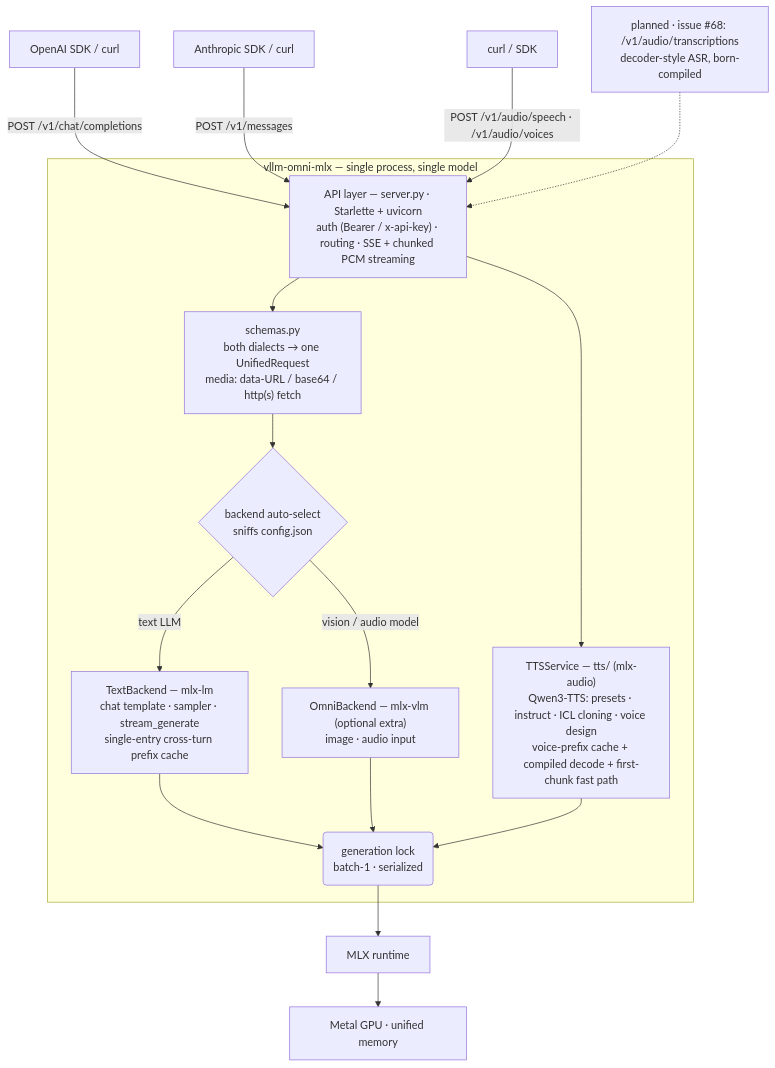
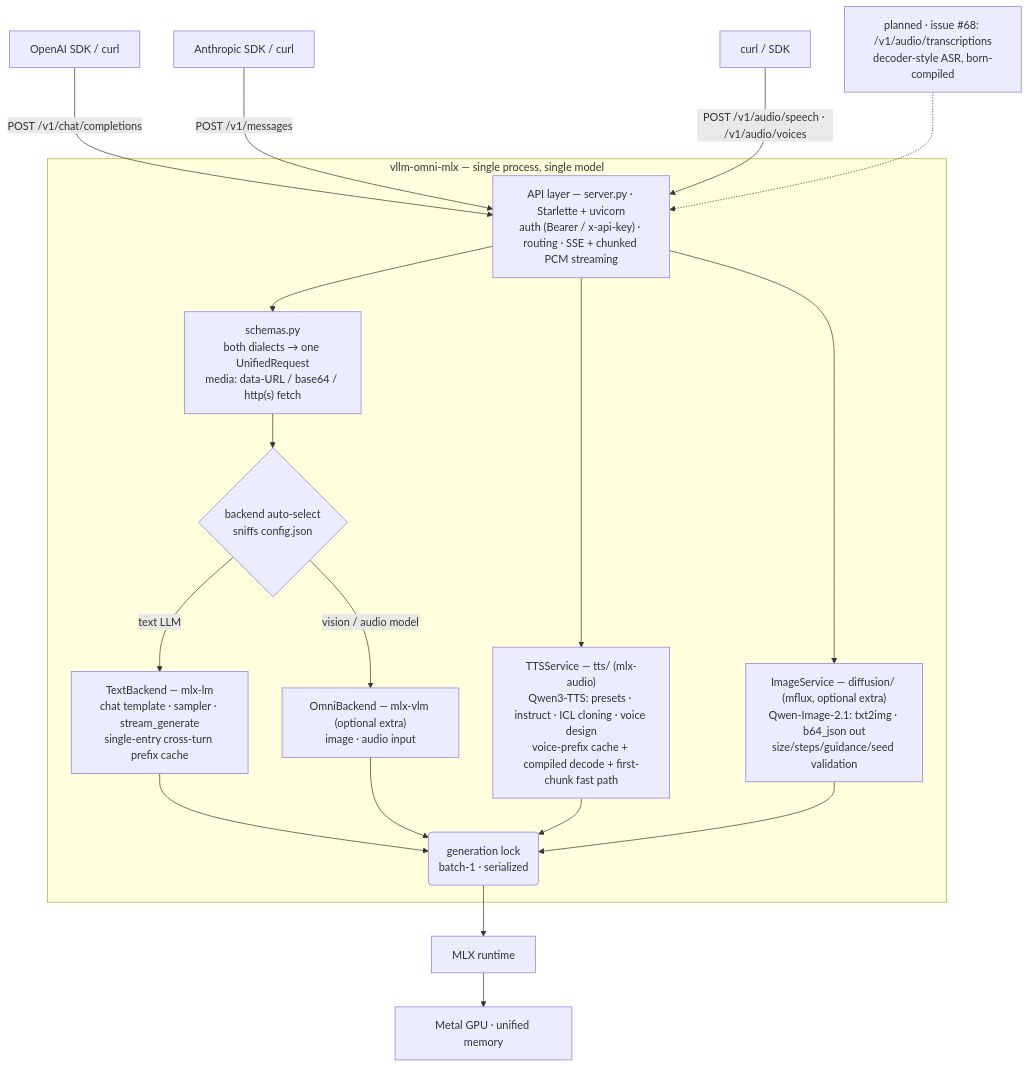
One commit to ThinkFlowLab/vllm-omni-mlx changed the diagram in docs/architecture.md. Above: the diagram before and after it, drawn with Mermaid. The commit also changed other lines of this file and 13 other files, not shown here.

First line of the commit message:
feat(image): mflux seam + Qwen-Image-2.1 serving — /v1/images/generations, Viggle turbo fast lane (#91, #101)

````diff
--- a/docs/architecture.md
+++ b/docs/architecture.md
@@ -6,31 +6,34 @@
 ```mermaid
 flowchart TD
     OC["OpenAI SDK / curl"] -->|"POST /v1/chat/completions"| GATE
     AC["Anthropic SDK / curl"] -->|"POST /v1/messages"| GATE
     SC["curl / SDK"] -->|"POST /v1/audio/speech · /v1/audio/voices"| GATE
 
     subgraph SERVER["vllm-omni-mlx — single process, single model"]
         GATE["API layer — server.py · Starlette + uvicorn<br/>auth (Bearer / x-api-key) · routing · SSE + chunked PCM streaming"]
         NORM["schemas.py<br/>both dialects → one UnifiedRequest<br/>media: data-URL / base64 / http(s) fetch"]
         SEL{"backend auto-select<br/>sniffs config.json"}
         TB["TextBackend — mlx-lm<br/>chat template · sampler · stream_generate<br/>single-entry cross-turn prefix cache"]
         OB["OmniBackend — mlx-vlm (optional extra)<br/>image · audio input"]
         TS["TTSService — tts/ (mlx-audio)<br/>Qwen3-TTS: presets · instruct · ICL cloning · voice design<br/>voice-prefix cache + compiled decode + first-chunk fast path"]
+        IS["ImageService — diffusion/ (mflux, optional extra)<br/>Qwen-Image-2.1: txt2img · b64_json out<br/>size/steps/guidance/seed validation"]
         LOCK("generation lock<br/>batch-1 · serialized")
     end
 
     MLX["MLX runtime"]
     GPU["Metal GPU · unified memory"]
 
     GATE --> NORM --> SEL
     GATE --> TS
+    GATE --> IS
     SEL -->|"text LLM"| TB
     SEL -->|"vision / audio model"| OB
     TB --> LOCK
     OB --> LOCK
     TS --> LOCK
+    IS --> LOCK
     LOCK --> MLX --> GPU
 
     ASR["planned · issue #68: /v1/audio/transcriptions<br/>decoder-style ASR, born-compiled"]
     ASR -.-> GATE
 ```
````
